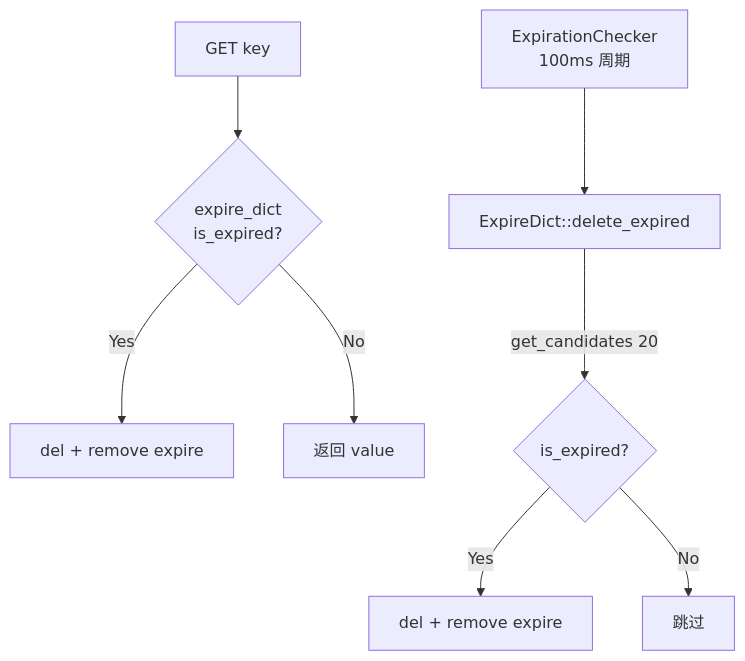
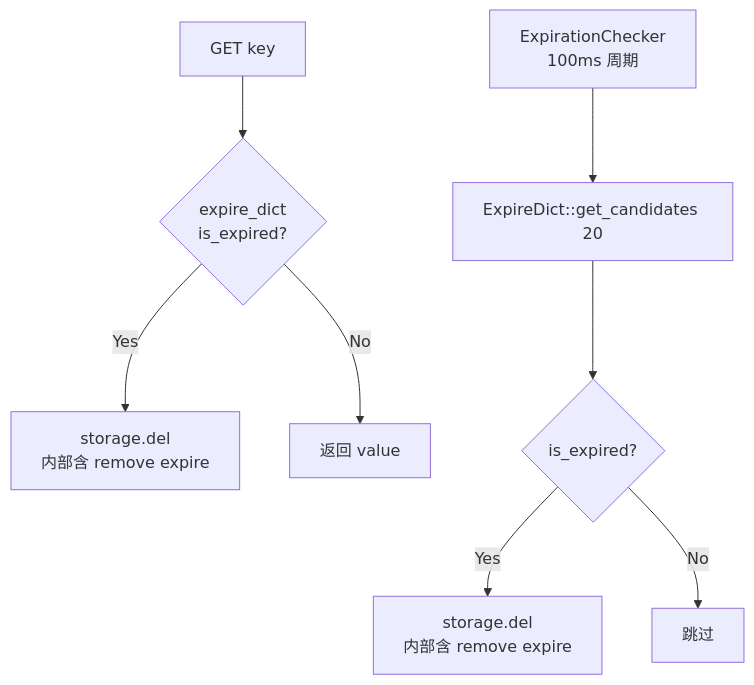
The third of 3 diagrams in docs/architecture/storage.md (zimingttkx/ConcurrentCache), drawn with Mermaid before and after one commit. The commit also changed other lines of this file and 9 other files, not shown here.

````diff
--- a/docs/architecture/storage.md
+++ b/docs/architecture/storage.md
@@ -138,11 +139,11 @@
 ```mermaid
 flowchart TB
     GET[GET key] --> CK{expire_dict<br/>is_expired?}
-    CK -->|Yes| DEL1[del + remove expire]
+    CK -->|Yes| DEL1[storage.del<br/>内部含 remove expire]
     CK -->|No| RTN[返回 value]
 
-    BG[ExpirationChecker<br/>100ms 周期] --> EX[ExpireDict::delete_expired]
-    EX -->|get_candidates 20| CK2{is_expired?}
-    CK2 -->|Yes| DEL2[del + remove expire]
+    BG[ExpirationChecker<br/>100ms 周期] --> GC[ExpireDict::get_candidates 20]
+    GC --> CK2{is_expired?}
+    CK2 -->|Yes| DEL2[storage.del<br/>内部含 remove expire]
     CK2 -->|No| SKIP[跳过]
 ```
````
